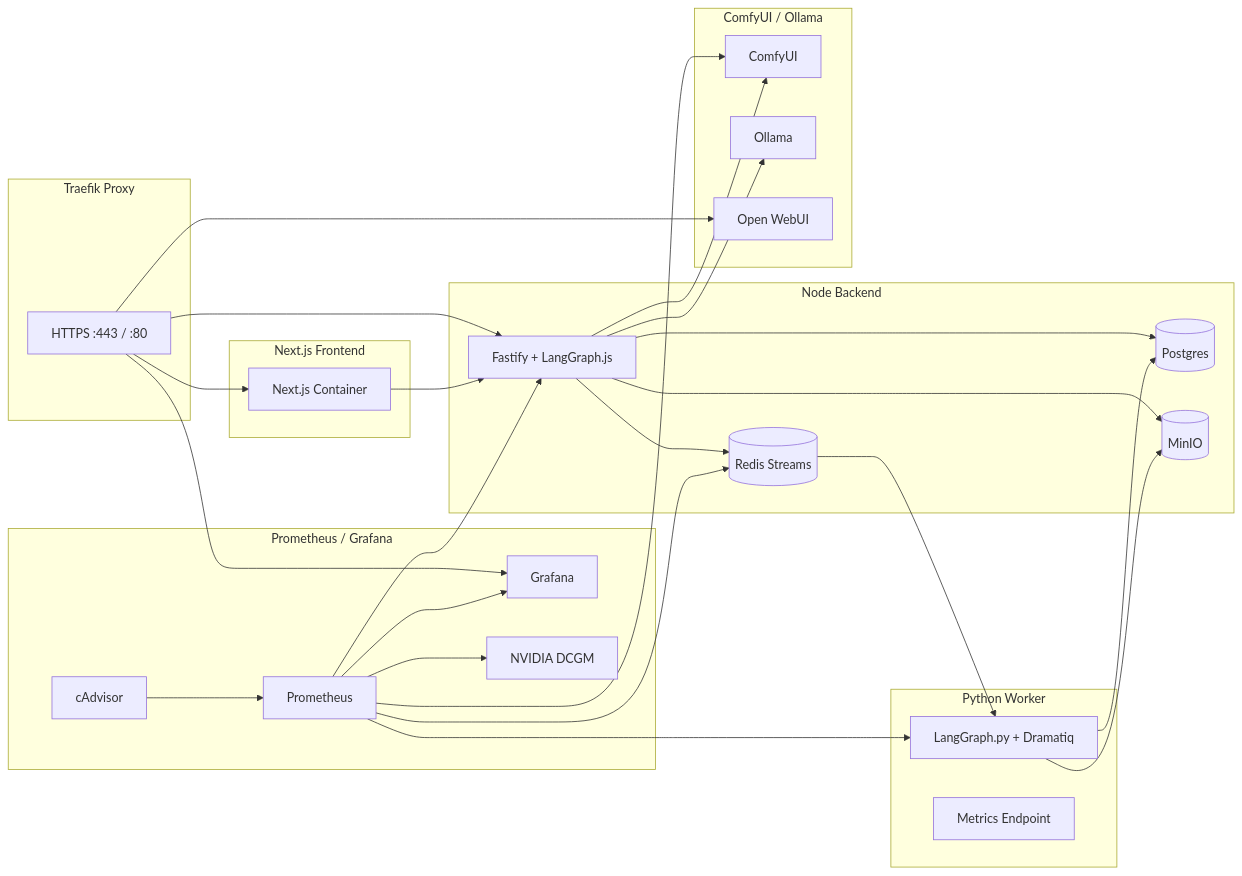
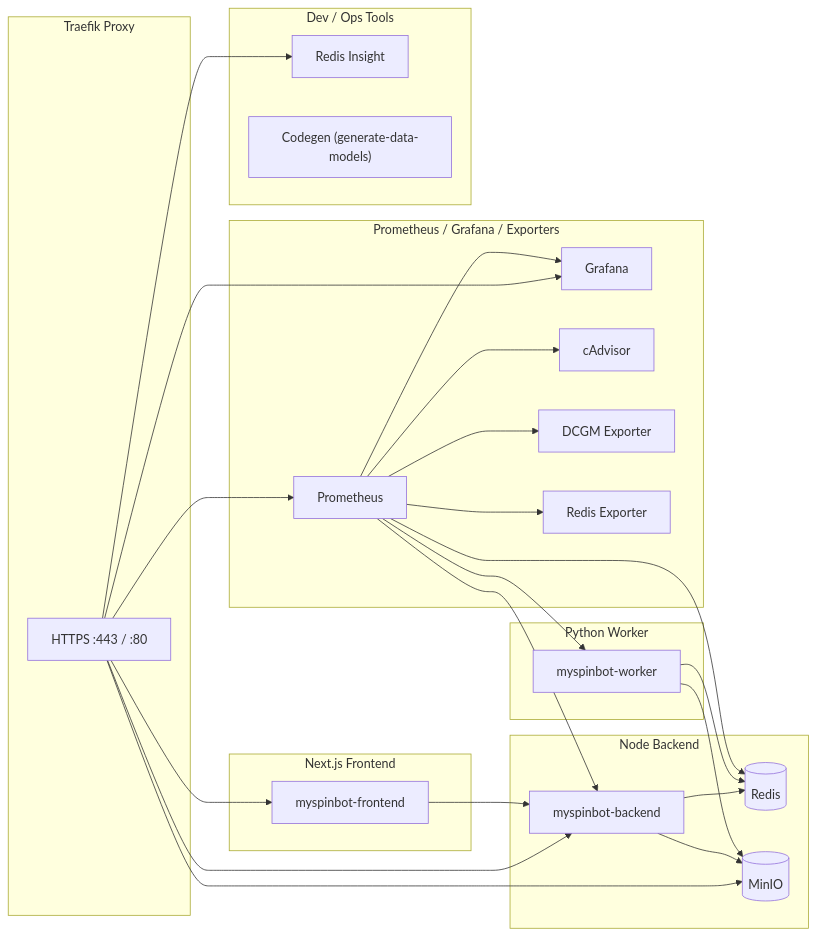
One commit to ktzevani/myspinbot changed the first of 3 diagrams in docs/04_modular_breakdown.md. Above: the diagram before and after it, drawn with Mermaid. The commit also changed other lines of this file and 13 other files, not shown here.

````diff
--- a/docs/04_modular_breakdown.md
+++ b/docs/04_modular_breakdown.md
@@ -24,58 +31,54 @@
 ```mermaid
 flowchart LR
-    subgraph Traefik[Traefik Proxy]
+    subgraph Traefik["Traefik Proxy"]
         T[HTTPS :443 / :80]
     end
 
-    subgraph Frontend[Next.js Frontend]
-        UI[Next.js Container]
+    subgraph Frontend["Next.js Frontend"]
+        UI[myspinbot-frontend]
     end
 
-    subgraph Backend[Node Backend]
-        API[Fastify + LangGraph.js]
-        REDIS[(Redis Streams)]
-        PG[(Postgres)]
+    subgraph Backend["Node Backend"]
+        API[myspinbot-backend]
+        R[(Redis)]
         S3[(MinIO)]
     end
 
-    subgraph GPUWorker[Python Worker]
-        Worker[LangGraph.py + Dramatiq]
-        FastAPI[Metrics Endpoint]
+    subgraph Worker["Python Worker"]
+        W[myspinbot-worker]
     end
 
-    subgraph AI[ComfyUI / Ollama]
-        CU[ComfyUI]
-        OL[Ollama]
-        OW[Open WebUI]
-    end
-
-    subgraph Monitoring[Prometheus / Grafana]
+    subgraph Monitoring["Prometheus / Grafana / Exporters"]
         PR[Prometheus]
         GF[Grafana]
         CA[cAdvisor]
-        NV[NVIDIA DCGM]
+        NV[DCGM Exporter]
+        RE[Redis Exporter]
+    end
+
+    subgraph Tools["Dev / Ops Tools"]
+        RI[Redis Insight]
+        CG["Codegen (generate-data-models)"]
     end
 
     T --> UI
     T --> API
-    T --> OW
     T --> GF
+    T --> PR
+    T --> RI
+    T --> S3
 
     UI --> API
-    API --> REDIS
-    API --> PG
+    API --> R
     API --> S3
-    API --> CU
-    API --> OL
-    REDIS --> Worker
-    Worker --> S3
-    Worker --> PG
+    W --> R
+    W --> S3
 
     PR --> GF
     PR --> API
-    PR --> Worker
-    PR --> REDIS
-    PR --> CU
+    PR --> W
+    PR --> R
     PR --> NV
-    CA --> PR
+    PR --> CA
+    PR --> RE
 ```
````
